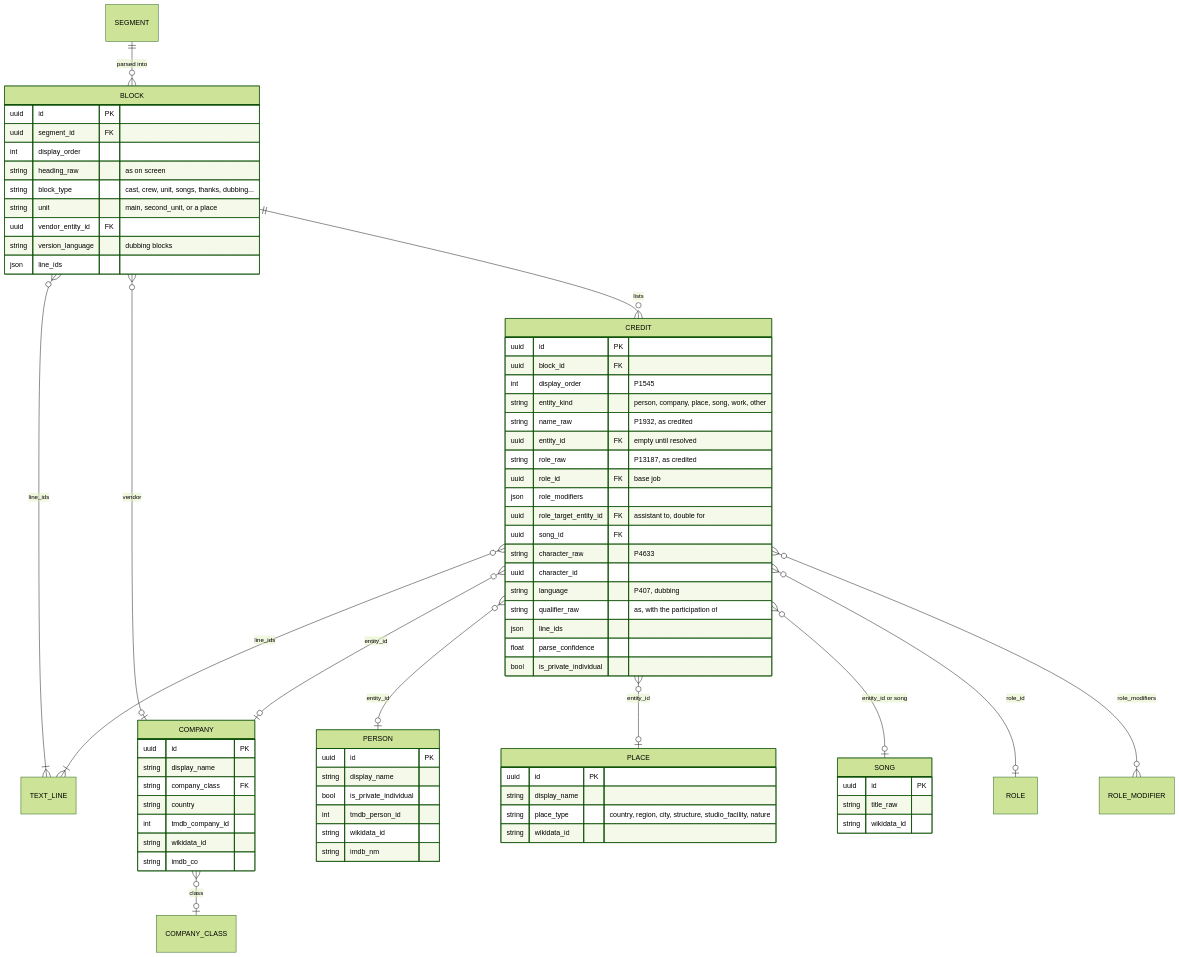
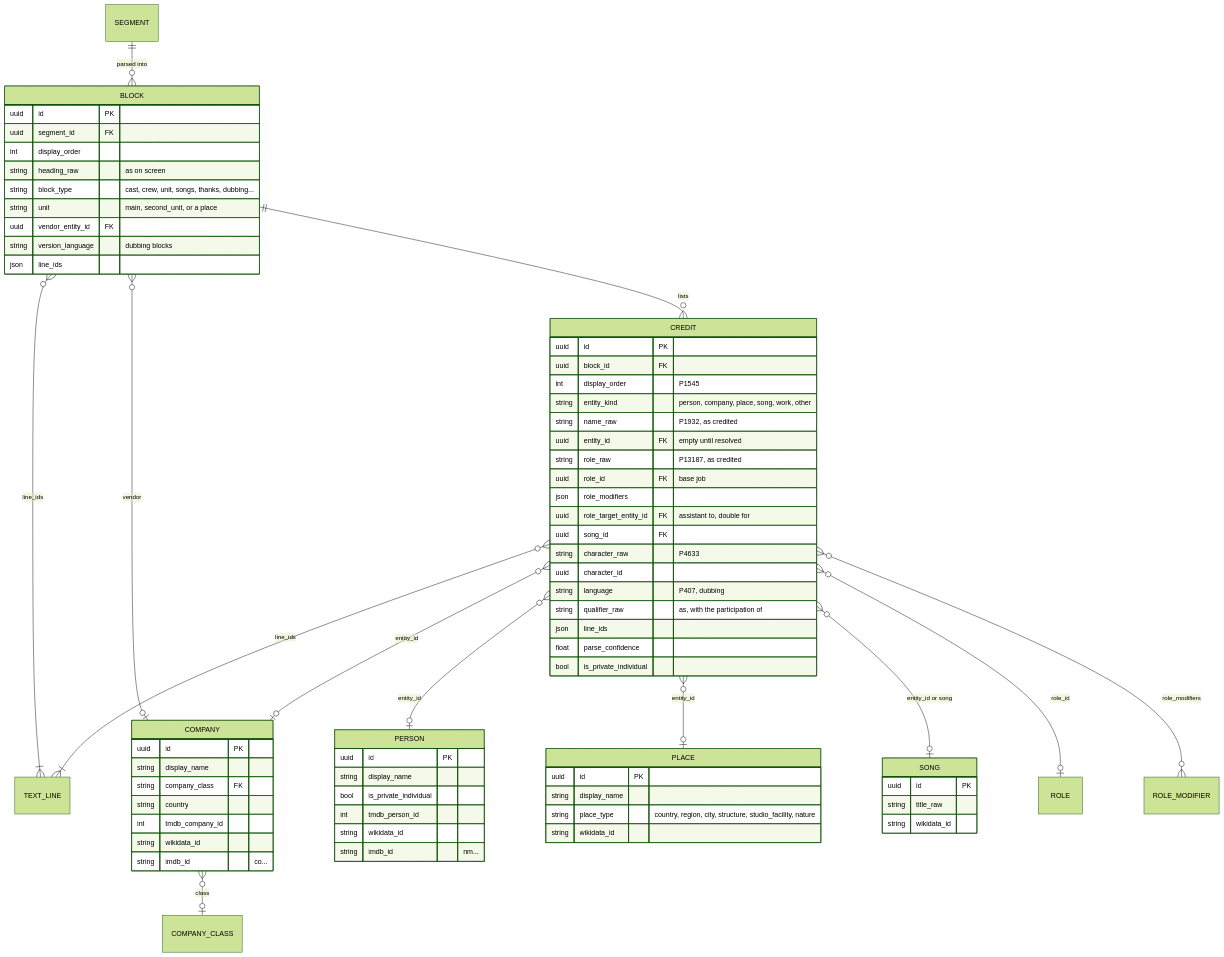
Before and after one commit to vaugouin/open-credits: the fourth of 5 diagrams in doc/data-model.md, drawn with Mermaid (forest theme). The commit also changed other lines of this file and 5 other files, not shown here.

````diff
--- a/doc/data-model.md
+++ b/doc/data-model.md
@@ -486,75 +496,75 @@
 ```mermaid
 erDiagram
     SEGMENT ||--o{ BLOCK : "parsed into"
     BLOCK ||--o{ CREDIT : "lists"
     BLOCK }o--|{ TEXT_LINE : "line_ids"
     CREDIT }o--|{ TEXT_LINE : "line_ids"
     BLOCK }o--o| COMPANY : "vendor"
     CREDIT }o--o| PERSON : "entity_id"
     CREDIT }o--o| COMPANY : "entity_id"
     CREDIT }o--o| PLACE : "entity_id"
     CREDIT }o--o| SONG : "entity_id or song"
     CREDIT }o--o| ROLE : "role_id"
     CREDIT }o--o{ ROLE_MODIFIER : "role_modifiers"
     COMPANY }o--o| COMPANY_CLASS : "class"
 
     BLOCK {
         uuid id PK
         uuid segment_id FK
         int display_order
         string heading_raw "as on screen"
         string block_type "cast, crew, unit, songs, thanks, dubbing..."
         string unit "main, second_unit, or a place"
         uuid vendor_entity_id FK
         string version_language "dubbing blocks"
         json line_ids
     }
     CREDIT {
         uuid id PK
         uuid block_id FK
         int display_order "P1545"
         string entity_kind "person, company, place, song, work, other"
         string name_raw "P1932, as credited"
         uuid entity_id FK "empty until resolved"
         string role_raw "P13187, as credited"
         uuid role_id FK "base job"
         json role_modifiers
         uuid role_target_entity_id FK "assistant to, double for"
         uuid song_id FK
         string character_raw "P4633"
         uuid character_id
         string language "P407, dubbing"
         string qualifier_raw "as, with the participation of"
         json line_ids
         float parse_confidence
         bool is_private_individual
     }
     PERSON {
         uuid id PK
         string display_name
         bool is_private_individual
         int tmdb_person_id
         string wikidata_id
-        string imdb_nm
+        string imdb_id "nm..."
     }
     COMPANY {
         uuid id PK
         string display_name
         string company_class FK
         string country
         int tmdb_company_id
         string wikidata_id
-        string imdb_co
+        string imdb_id "co..."
     }
     PLACE {
         uuid id PK
         string display_name
         string place_type "country, region, city, structure, studio_facility, nature"
         string wikidata_id
     }
     SONG {
         uuid id PK
         string title_raw
         string wikidata_id
     }
 ```
````
